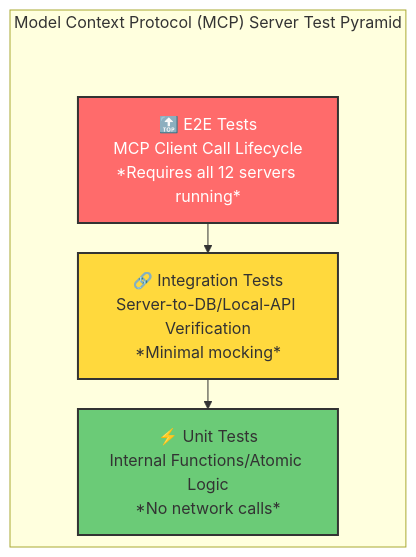
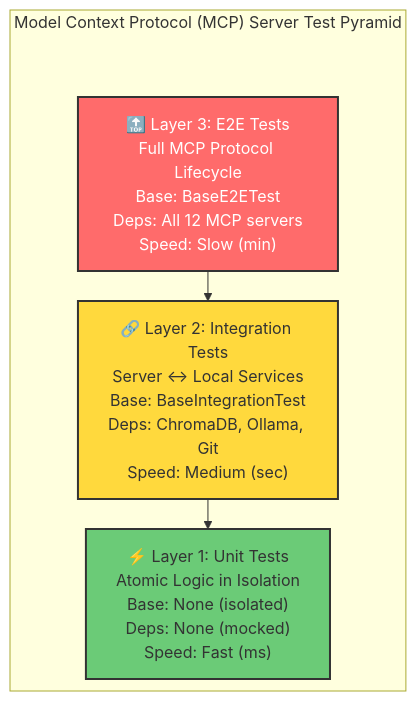
One commit to richfrem/Project_Sanctuary changed the diagram in tests/README.md. Above: the diagram before and after it, drawn with Mermaid. The commit also changed other lines of this file and 89 other files, not shown here.

First line of the commit message:
Feature/task 101 integration test base refactor (#95)

````diff
--- a/tests/README.md
+++ b/tests/README.md
@@ -9,19 +9,19 @@
 ```mermaid
 ---
 config:
   look: classic
   layout: elk
 ---
 flowchart TB
  subgraph MCP_Test_Pyramid["Model Context Protocol (MCP) Server Test Pyramid"]
-        E2E["🔝 E2E Tests<br>MCP Client Call Lifecycle<br>*Requires all 12 servers running*"]
-        INT["🔗 Integration Tests<br>Server-to-DB/Local-API Verification<br>*Minimal mocking*"]
-        UNIT["⚡ Unit Tests<br>Internal Functions/Atomic Logic<br>*No network calls*"]
+        E2E["🔝 Layer 3: E2E Tests<br>Full MCP Protocol Lifecycle<br>Base: BaseE2ETest<br>Deps: All 12 MCP servers<br>Speed: Slow (min)"]
+        INT["🔗 Layer 2: Integration Tests<br>Server ↔ Local Services<br>Base: BaseIntegrationTest<br>Deps: ChromaDB, Ollama, Git<br>Speed: Medium (sec)"]
+        UNIT["⚡ Layer 1: Unit Tests<br>Atomic Logic in Isolation<br>Base: None (isolated)<br>Deps: None (mocked)<br>Speed: Fast (ms)"]
   end
     E2E --> INT
     INT --> UNIT
 
     style E2E fill:#ff6b6b,stroke:#333,stroke-width:2px,color:#fff
     style INT fill:#ffd93d,stroke:#333,stroke-width:2px
     style UNIT fill:#6bcb77,stroke:#333,stroke-width:2px
 ```
````
